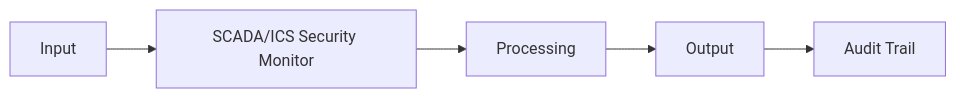
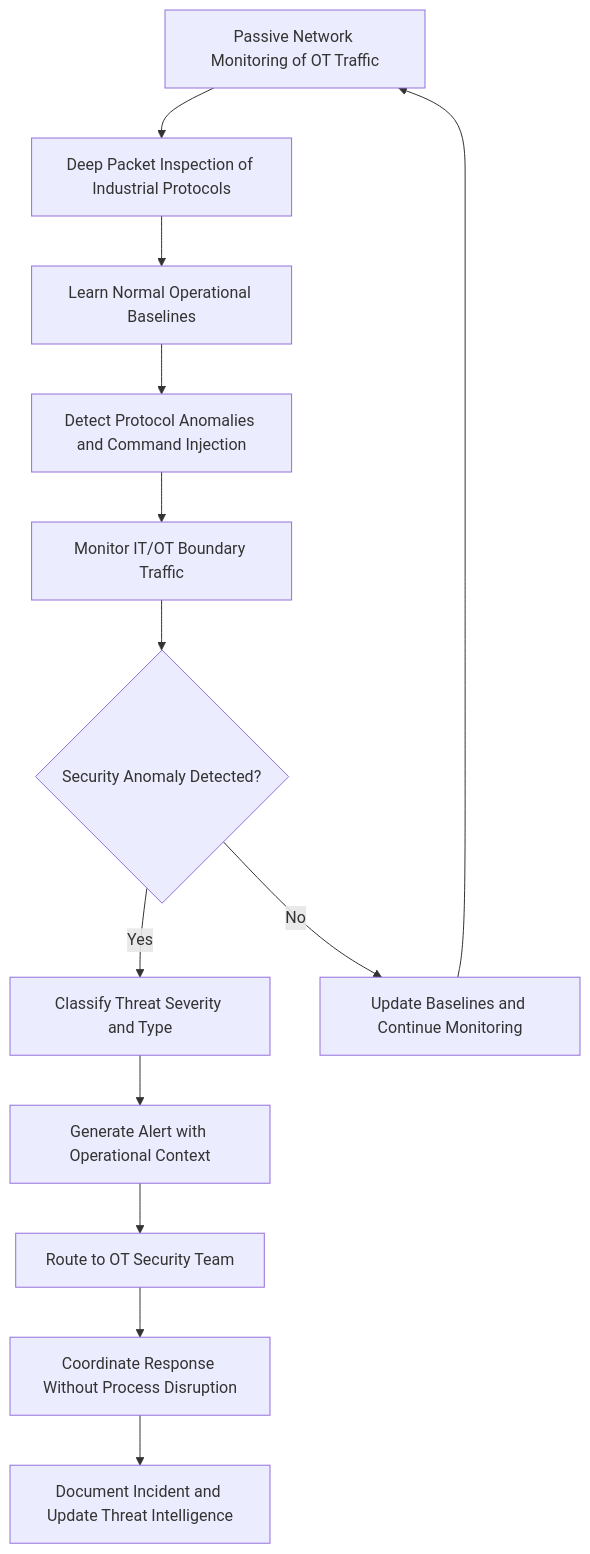
The diagram in docs/audiences/03-critical-infrastructure/scada-ics-security-monitor.mdx (andrew-leo-2024/marketplace-docs), drawn with Mermaid before and after one commit. The commit also changed other lines of this file and 401 other files, not shown here.

````diff
--- a/docs/audiences/03-critical-infrastructure/scada-ics-security-monitor.mdx
+++ b/docs/audiences/03-critical-infrastructure/scada-ics-security-monitor.mdx
@@ -29,7 +35,15 @@
 ```mermaid
-graph LR
-    A[Input] --> B[SCADA/ICS Security Monitor]
-    B --> C[Processing]
-    C --> D[Output]
-    D --> E[Audit Trail]
+graph TD
+    A[Passive Network Monitoring of OT Traffic] --> B[Deep Packet Inspection of Industrial Protocols]
+    B --> C[Learn Normal Operational Baselines]
+    C --> D[Detect Protocol Anomalies and Command Injection]
+    D --> E[Monitor IT/OT Boundary Traffic]
+    E --> F{Security Anomaly Detected?}
+    F -->|Yes| G[Classify Threat Severity and Type]
+    F -->|No| H[Update Baselines and Continue Monitoring]
+    G --> I[Generate Alert with Operational Context]
+    I --> J[Route to OT Security Team]
+    J --> K[Coordinate Response Without Process Disruption]
+    K --> L[Document Incident and Update Threat Intelligence]
+    H --> A
 ```
````
